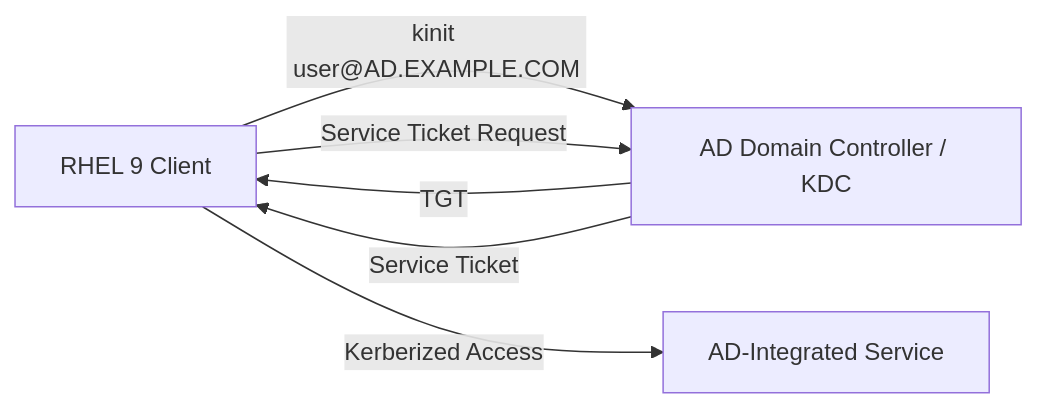
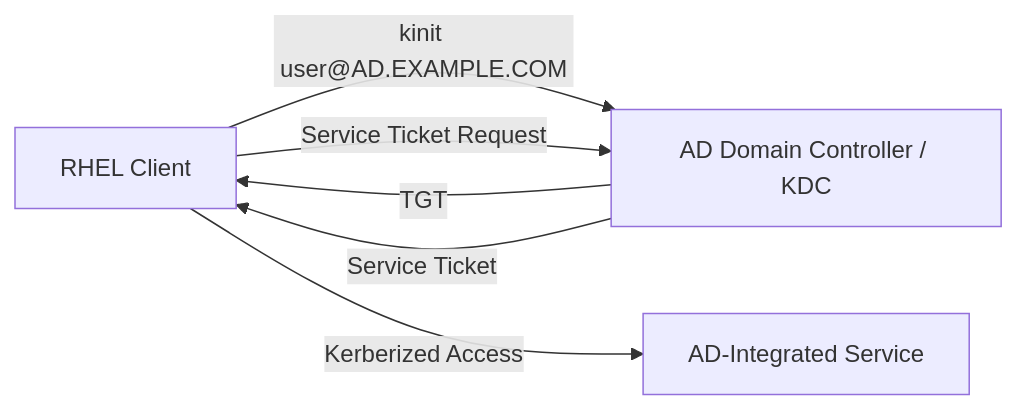
Before and after one commit to OneUptime/blog: the diagram in posts/2026-03-04-integrate-rhel-9-active-directory-kerberos/README.md, drawn with Mermaid. The commit also changed other lines of this file and 4866 other files, not shown here.

````diff
--- a/posts/2026-03-04-integrate-rhel-9-active-directory-kerberos/README.md
+++ b/posts/2026-03-04-integrate-rhel-9-active-directory-kerberos/README.md
@@ -15,8 +15,8 @@
 ```mermaid
 flowchart LR
-    A[RHEL 9 Client] -->|kinit user@AD.EXAMPLE.COM| B[AD Domain Controller / KDC]
+    A[RHEL Client] -->|kinit user@AD.EXAMPLE.COM| B[AD Domain Controller / KDC]
     B -->|TGT| A
     A -->|Service Ticket Request| B
     B -->|Service Ticket| A
     A -->|Kerberized Access| C[AD-Integrated Service]
 ```
````
